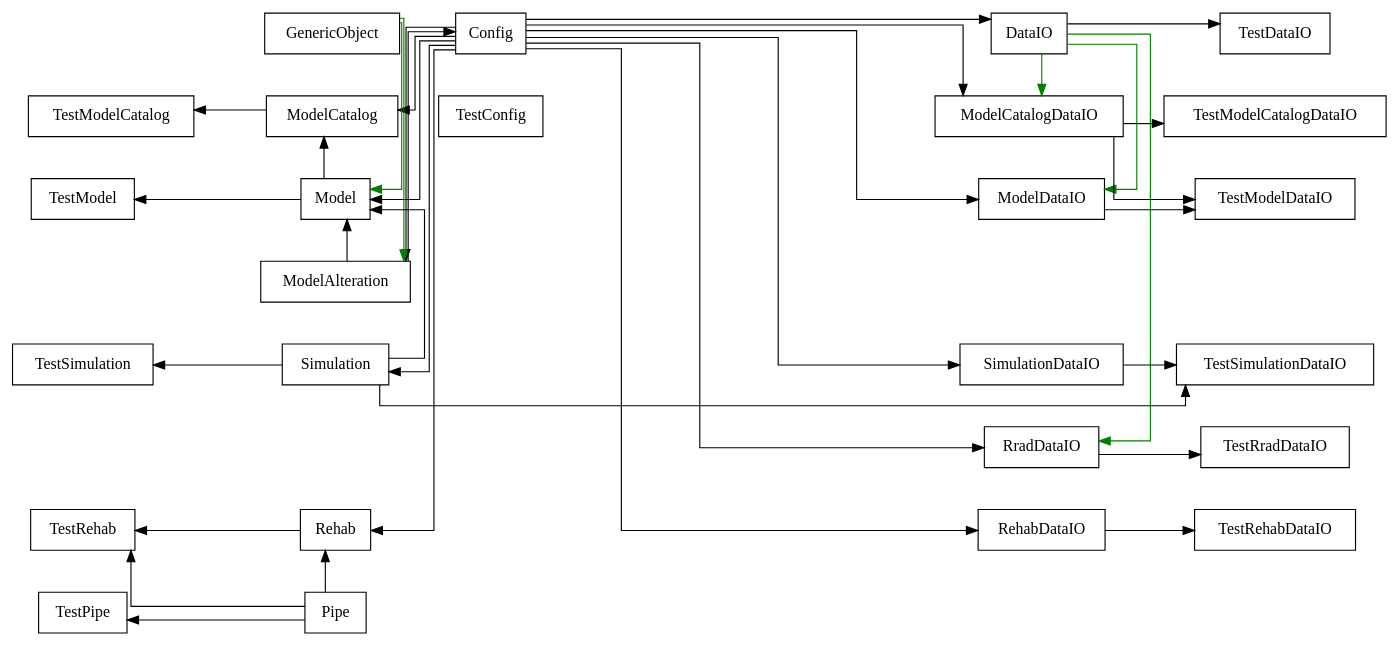
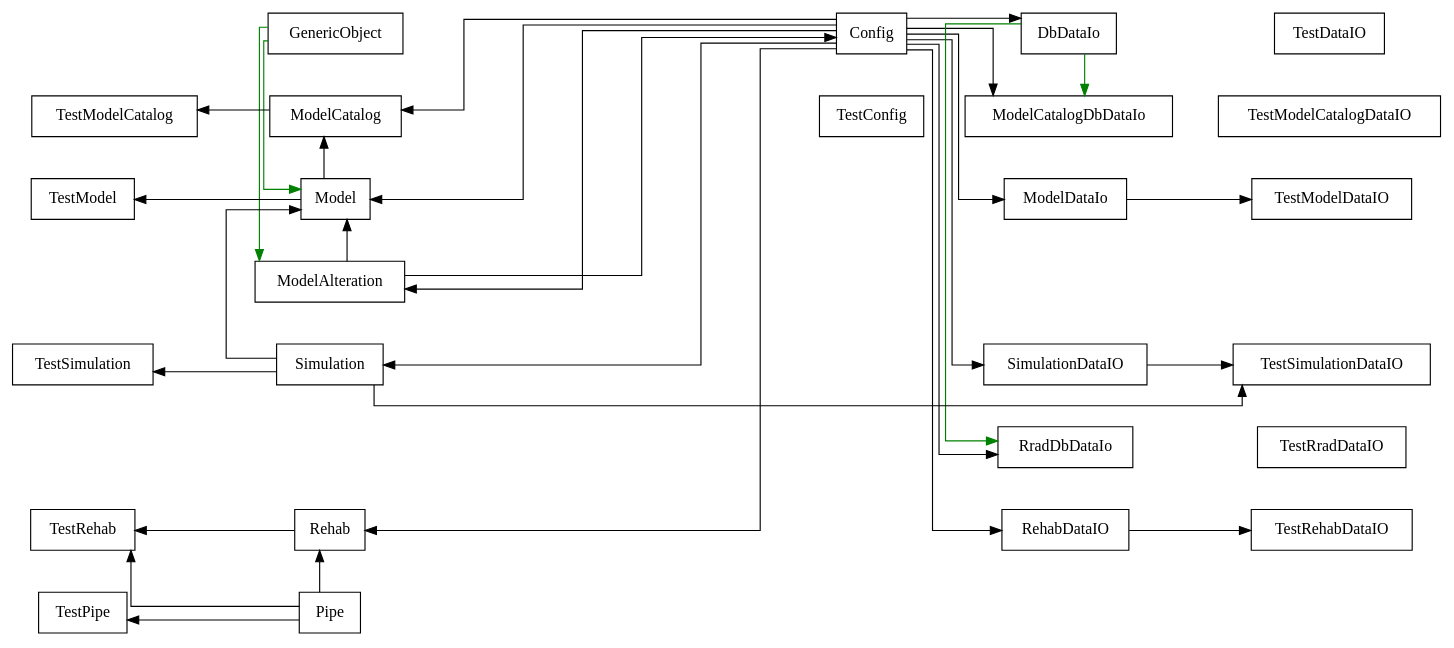
Before and after one commit to PDXBES/ModelCatalog: the diagram in docs/Class_Diagram_Tool/names_only_finalMCatalog_RRAD.dot, drawn with Graphviz. The commit also changed 29 other files, not shown here.

Commit message:
Updates to class diagrams and control files

```diff
--- a/docs/Class_Diagram_Tool/names_only_finalMCatalog_RRAD.dot
+++ b/docs/Class_Diagram_Tool/names_only_finalMCatalog_RRAD.dot
@@ -1,90 +1,85 @@
 digraph "classes" {
 charset="utf-8"
 nodesep=0.5;
 rankdir="TB";
 edge [ constraint=False ];
 splines="ortho";
 "Config"[label= "Config" , shape="record"];
-"DataIO"[label= "DataIO" , shape="record"];
+"DbDataIo"[label= "DbDataIo" , shape="record"];
 "GenericObject"[label= "GenericObject" , shape="record"];
 "Model"[label= "Model" , shape="record"];
 "ModelAlteration"[label= "ModelAlteration" , shape="record"];
 "ModelCatalog"[label= "ModelCatalog" , shape="record"];
-"ModelCatalogDataIO"[label= "ModelCatalogDataIO" , shape="record"];
-"ModelDataIO"[label= "ModelDataIO" , shape="record"];
+"ModelCatalogDbDataIo"[label= "ModelCatalogDbDataIo" , shape="record"];
+"ModelDataIo"[label= "ModelDataIo" , shape="record"];
 "Pipe"[label= "Pipe" , shape="record"];
 "Rehab"[label= "Rehab" , shape="record"];
 "RehabDataIO"[label= "RehabDataIO" , shape="record"];
-"RradDataIO"[label= "RradDataIO" , shape="record"];
+"RradDbDataIo"[label= "RradDbDataIo" , shape="record"];
 "Simulation"[label= "Simulation" , shape="record"];
 "SimulationDataIO"[label= "SimulationDataIO" , shape="record"];
 "TestConfig"[label= "TestConfig" , shape="record"];
 "TestDataIO"[label= "TestDataIO" , shape="record"];
 "TestModel"[label= "TestModel" , shape="record"];
 "TestModelCatalog"[label= "TestModelCatalog" , shape="record"];
 "TestModelCatalogDataIO"[label= "TestModelCatalogDataIO" , shape="record"];
 "TestModelDataIO"[label= "TestModelDataIO" , shape="record"];
 "TestPipe"[label= "TestPipe" , shape="record"];
 "TestRehab"[label= "TestRehab" , shape="record"];
 "TestRehabDataIO"[label= "TestRehabDataIO" , shape="record"];
 "TestRradDataIO"[label= "TestRradDataIO" , shape="record"];
 "TestSimulation"[label= "TestSimulation" , shape="record"];
 "TestSimulationDataIO"[label= "TestSimulationDataIO" , shape="record"];
 
 "_d0" [label="_d0", shape="record" style=invis];
 "_d2" [label="_d2", shape="record" style=invis];
 "_d7" [label="_d7", shape="record" style=invis];
 "_d8" [label="_d8", shape="record" style=invis];
 "_d1" [label="_d1", shape="record" style=invis];
 "_d3" [label="_d3", shape="record" style=invis];
 "_d6" [label="_d6", shape="record" style=invis];
 "_d9" [label="_d9", shape="record" style=invis];
 "_d10" [label="_d10", shape="record" style=invis];
 "_d11" [label="_d11", shape="record" style=invis];
 "_d4" [label="_d4", shape="record" style=invis];
 "_d12" [label="_d12", shape="record" style=invis];
 "_d5" [label="_d5", shape="record" style=invis];
 "_d13" [label="_d13", shape="record" style=invis];
 
 {rank= tb "_d0"->"TestModelCatalog"->"TestModel"->"_d2"->"TestSimulation"->"_d7"->"TestRehab"->"TestPipe" [constraint=true style=invis]};
 {rank= tb "GenericObject"->"ModelCatalog"->"Model"->"ModelAlteration"->"Simulation"->"_d8"->"Rehab"->"Pipe" [constraint=true style=invis]};
 {rank= tb "Config"->"TestConfig"->"_d1"->"_d3"->"_d6"->"_d9"->"_d10"->"_d11" [constraint=true style=invis]};
-{rank= tb "DataIO"->"ModelCatalogDataIO"->"ModelDataIO"->"_d4"->"SimulationDataIO"->"RradDataIO"->"RehabDataIO"->"_d12" [constraint=true style=invis]};
+{rank= tb "DbDataIo"->"ModelCatalogDbDataIo"->"ModelDataIo"->"_d4"->"SimulationDataIO"->"RradDbDataIo"->"RehabDataIO"->"_d12" [constraint=true style=invis]};
 {rank= tb "TestDataIO"->"TestModelCatalogDataIO"->"TestModelDataIO"->"_d5"->"TestSimulationDataIO"->"TestRradDataIO"->"TestRehabDataIO"->"_d13" [constraint=true style=invis]};
-{rank= same TestModelCatalog->ModelCatalog->TestConfig->ModelCatalogDataIO->TestModelCatalogDataIO [constraint=True style=invis]};
+{rank= same TestModelCatalog->ModelCatalog->TestConfig->ModelCatalogDbDataIo->TestModelCatalogDataIO [constraint=True style=invis]};
 "ModelAlteration"->"Config";
-"Config"->"DataIO";
-"DataIO"->"TestDataIO";
+"Config"->"DbDataIo";
 "ModelCatalog"->"TestModelCatalog";
 "Config"->"ModelCatalog";
 "Model"->"ModelCatalog";
-"Config"->"ModelCatalogDataIO";
-"ModelCatalogDataIO"->"TestModelCatalogDataIO";
+"Config"->"ModelCatalogDbDataIo";
 "Model"->"TestModel";
 "Config"->"Model";
 "ModelAlteration"->"Model";
 "Simulation"->"Model";
-"Config"->"ModelDataIO";
-"ModelCatalogDataIO"->"TestModelDataIO";
-"ModelDataIO"->"TestModelDataIO";
+"Config"->"ModelDataIo";
+"ModelDataIo"->"TestModelDataIO";
 "Config"->"ModelAlteration";
 "Simulation"->"TestSimulation";
 "Config"->"Simulation";
 "Config"->"SimulationDataIO";
 "Simulation"->"TestSimulationDataIO";
 "SimulationDataIO"->"TestSimulationDataIO";
-"Config"->"RradDataIO";
-"RradDataIO"->"TestRradDataIO";
+"Config"->"RradDbDataIo";
 "Rehab"->"TestRehab";
 "Pipe"->"TestRehab";
 "Config"->"Rehab";
 "Pipe"->"Rehab";
 "Config"->"RehabDataIO";
 "RehabDataIO"->"TestRehabDataIO";
 "Pipe"->"TestPipe";
-"DataIO"->"ModelCatalogDataIO" [color="green"];
+"DbDataIo"->"ModelCatalogDbDataIo" [color="green"];
 "GenericObject"->"Model" [color="green"];
-"DataIO"->"ModelDataIO" [color="green"];
 "GenericObject"->"ModelAlteration" [color="green"];
-"DataIO"->"RradDataIO" [color="green"];
+"DbDataIo"->"RradDbDataIo" [color="green"];
 }
```
